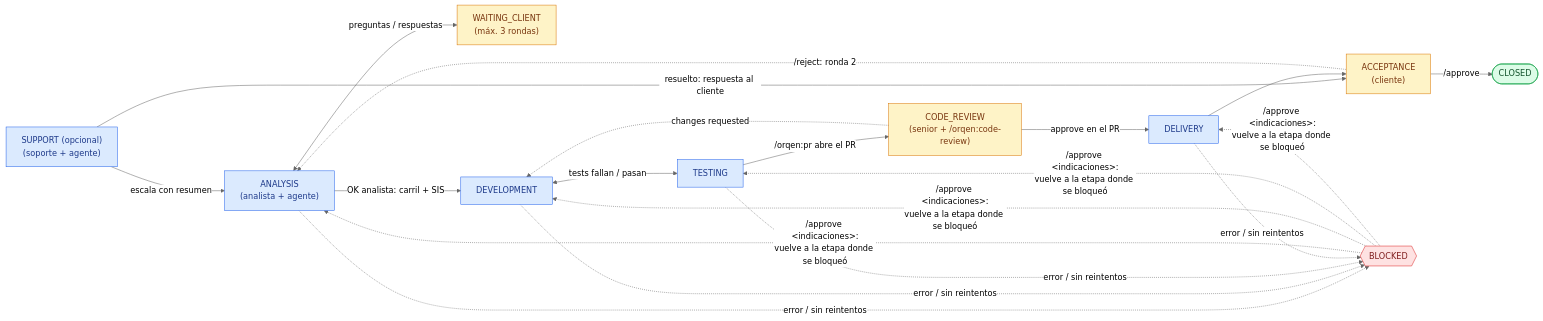
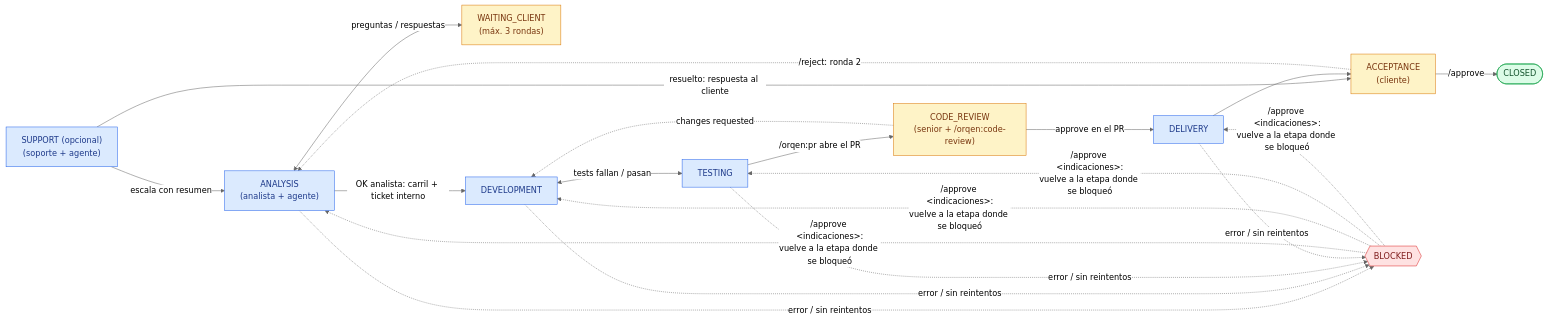
One commit to sistemas-telpin/orqen changed the seventh of 7 diagrams in README.md. Above: the diagram before and after it, drawn with Mermaid (neutral theme). The commit also changed other lines of this file and 106 other files, not shown here.

````diff
--- a/README.md
+++ b/README.md
@@ -276,33 +276,33 @@
 ```mermaid
 flowchart LR
     classDef agente fill:#dbeafe,stroke:#2563eb,color:#1e3a8a
     classDef humano fill:#fef3c7,stroke:#d97706,color:#78350f
     classDef final fill:#dcfce7,stroke:#16a34a,color:#14532d
     classDef bloq fill:#fee2e2,stroke:#dc2626,color:#7f1d1d
 
     SUPPORT["SUPPORT (opcional)<br/>(soporte + agente)"]:::agente
     ANALYSIS["ANALYSIS<br/>(analista + agente)"]:::agente
     ESPERA["WAITING_CLIENT<br/>(máx. 3 rondas)"]:::humano
     DESA["DEVELOPMENT"]:::agente
     TEST["TESTING"]:::agente
     REV["CODE_REVIEW<br/>(senior + /orqen:code-review)"]:::humano
     DELIVERY["DELIVERY"]:::agente
     CONF["ACCEPTANCE<br/>(cliente)"]:::humano
     CLOSED(["CLOSED"]):::final
     BLOQ{{"BLOCKED"}}:::bloq
 
     SUPPORT -->|"escala con resumen"| ANALYSIS
     SUPPORT -->|"resuelto: respuesta al cliente"| CONF
     ANALYSIS <-->|preguntas / respuestas| ESPERA
-    ANALYSIS -->|"OK analista: carril + SIS"| DESA
+    ANALYSIS -->|"OK analista: carril + ticket interno"| DESA
     DESA <-->|tests fallan / pasan| TEST
     TEST -->|"/orqen:pr abre el PR"| REV
     REV -->|"approve en el PR"| DELIVERY
     REV -.->|"changes requested"| DESA
     DELIVERY --> CONF
     CONF -->|/approve| CLOSED
     CONF -.->|"/reject: ronda 2"| ANALYSIS
 
     ANALYSIS & DESA & TEST & DELIVERY -.->|error / sin reintentos| BLOQ
     BLOQ -.->|"/approve &lt;indicaciones&gt;:<br/>vuelve a la etapa donde se bloqueó"| ANALYSIS & DESA & TEST & DELIVERY
 ```
````
